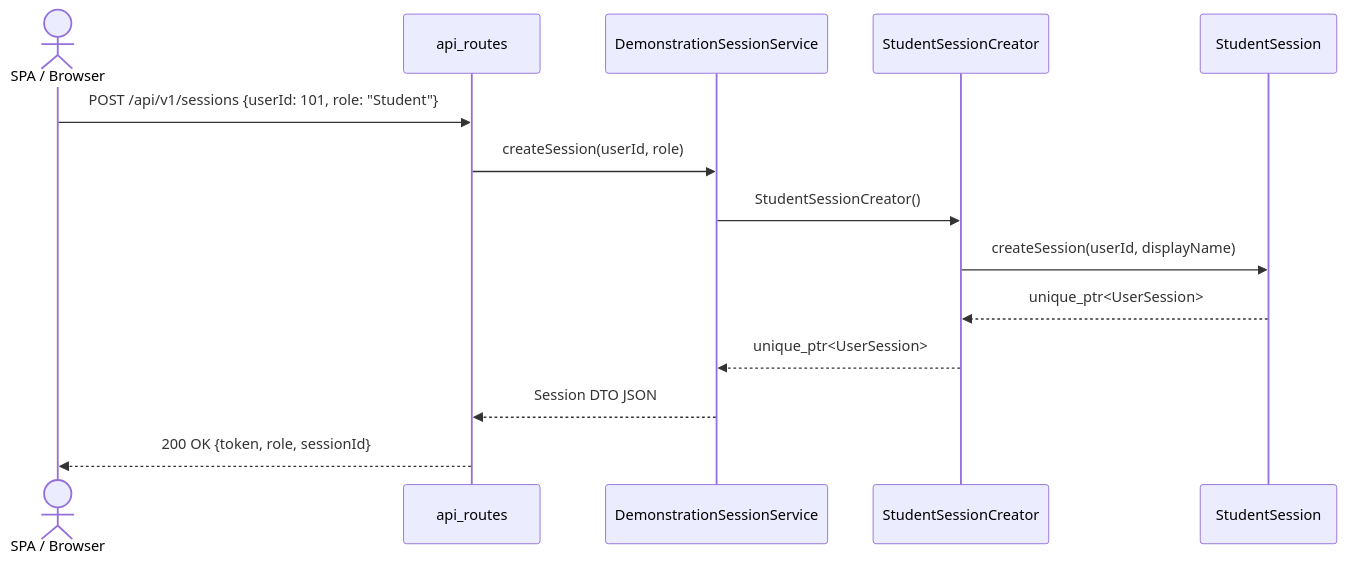
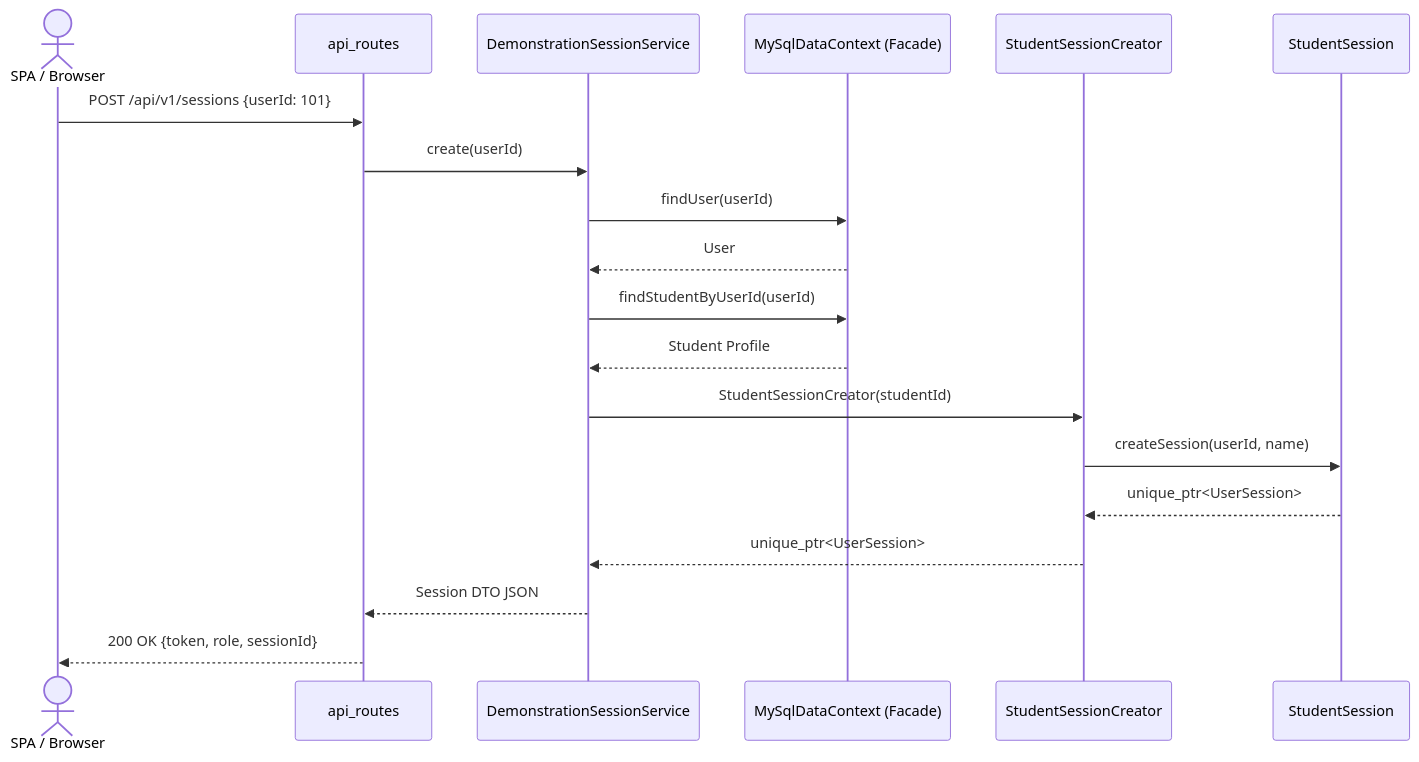
The first of 13 diagrams in docs/uml_sequence_diagram.md (DesanSilva/university-course-enrolment-system), drawn with Mermaid before and after one commit. The commit also changed other lines of this file and 3 other files, not shown here.

Commit message:
updated UML diagrams

````diff
--- a/docs/uml_sequence_diagram.md
+++ b/docs/uml_sequence_diagram.md
@@ -9,17 +9,22 @@
 ```mermaid
 sequenceDiagram
     actor Client as SPA / Browser
     participant Router as api_routes
     participant Demo as DemonstrationSessionService
+    participant Store as MySqlDataContext (Facade)
     participant Creator as StudentSessionCreator
     participant Product as StudentSession
 
-    Client->>Router: POST /api/v1/sessions {userId: 101, role: "Student"}
-    Router->>Demo: createSession(userId, role)
-    Demo->>Creator: StudentSessionCreator()
-    Creator->>Product: createSession(userId, displayName)
+    Client->>Router: POST /api/v1/sessions {userId: 101}
+    Router->>Demo: create(userId)
+    Demo->>Store: findUser(userId)
+    Store-->>Demo: User
+    Demo->>Store: findStudentByUserId(userId)
+    Store-->>Demo: Student Profile
+    Demo->>Creator: StudentSessionCreator(studentId)
+    Creator->>Product: createSession(userId, name)
     Product-->>Creator: unique_ptr<UserSession>
     Creator-->>Demo: unique_ptr<UserSession>
     Demo-->>Router: Session DTO JSON
     Router-->>Client: 200 OK {token, role, sessionId}
 ```
````
